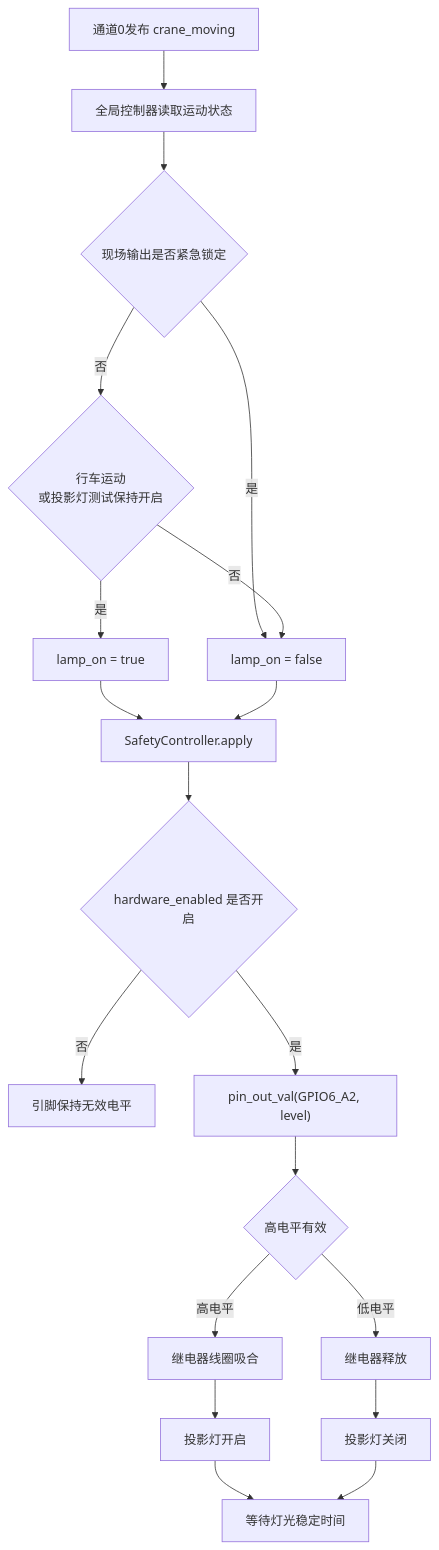
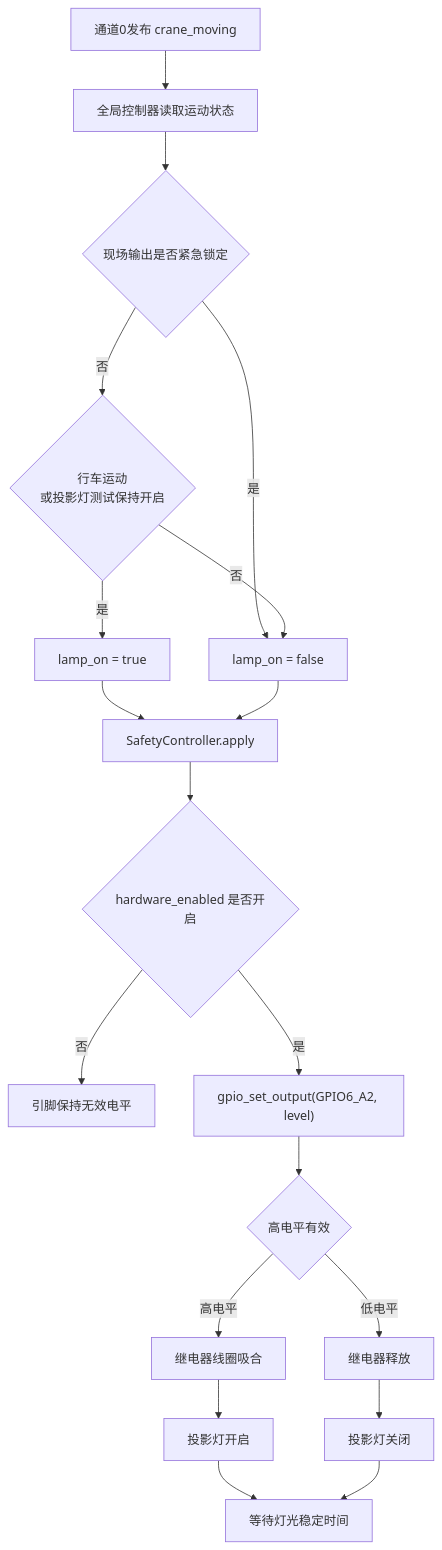
One commit to LaoWei2001/rk3588_visual_analysis_framework changed the fourth of 10 diagrams in projects/global_modules/global_crane_safety_controller/CRANE_SAFETY_SYSTEM_DESIGN.md. Above: the diagram before and after it, drawn with Mermaid. The commit also changed other lines of this file and 256 other files, not shown here.

Commit message:
2026/11/17 web页面增加图片推理功能

````diff
--- a/projects/global_modules/global_crane_safety_controller/CRANE_SAFETY_SYSTEM_DESIGN.md
+++ b/projects/global_modules/global_crane_safety_controller/CRANE_SAFETY_SYSTEM_DESIGN.md
@@ -212,21 +212,21 @@
 ```mermaid
 flowchart TD
     A["通道0发布 crane_moving"] --> B["全局控制器读取运动状态"]
     B --> B0{"现场输出是否紧急锁定"}
     B0 -->|是| E["lamp_on = false"]
     B0 -->|否| C{"行车运动<br/>或投影灯测试保持开启"}
     C -->|是| D["lamp_on = true"]
     C -->|否| E
     D --> F["SafetyController.apply"]
     E --> F
     F --> F0{"hardware_enabled 是否开启"}
     F0 -->|否| E0["引脚保持无效电平"]
-    F0 -->|是| G["pin_out_val(GPIO6_A2, level)"]
+    F0 -->|是| G["gpio_set_output(GPIO6_A2, level)"]
     G --> H{"高电平有效"}
     H -->|高电平| I["继电器线圈吸合"]
     I --> J["投影灯开启"]
     H -->|低电平| K["继电器释放"]
     K --> L["投影灯关闭"]
     J --> M["等待灯光稳定时间"]
     L --> M
 ```
````
